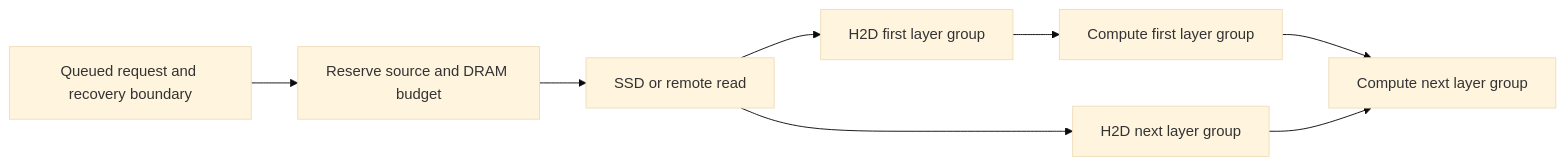
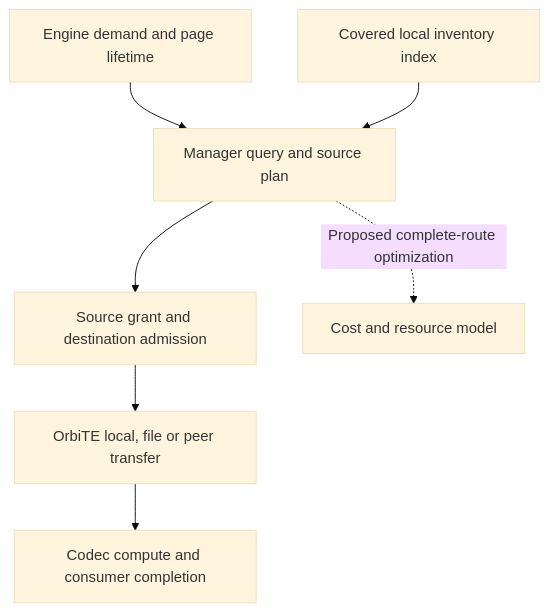
One commit to OrbitInfra/OrbitKV changed the diagram in docs/state-planning.md. Above: the diagram before and after it, drawn with Mermaid (base theme). The commit also changed other lines of this file and 29 other files, not shown here.

````diff
--- a/docs/state-planning.md
+++ b/docs/state-planning.md
@@ -854,10 +16,9 @@
 ```mermaid
-flowchart LR
-    A[Queued request and recovery boundary] --> B[Reserve source and DRAM budget]
-    B --> C[SSD or remote read]
-    C --> D[H2D first layer group]
-    D --> E[Compute first layer group]
-    C --> F[H2D next layer group]
-    E --> G[Compute next layer group]
-    F --> G
+flowchart TB
+    E[Engine demand and page lifetime] --> M[Manager query and source plan]
+    I[Covered local inventory index] --> M
+    M --> A[Source grant and destination admission]
+    A --> T[OrbiTE local, file or peer transfer]
+    T --> C[Codec compute and consumer completion]
+    M -. Proposed complete-route optimization .-> O[Cost and resource model]
 ```
````
